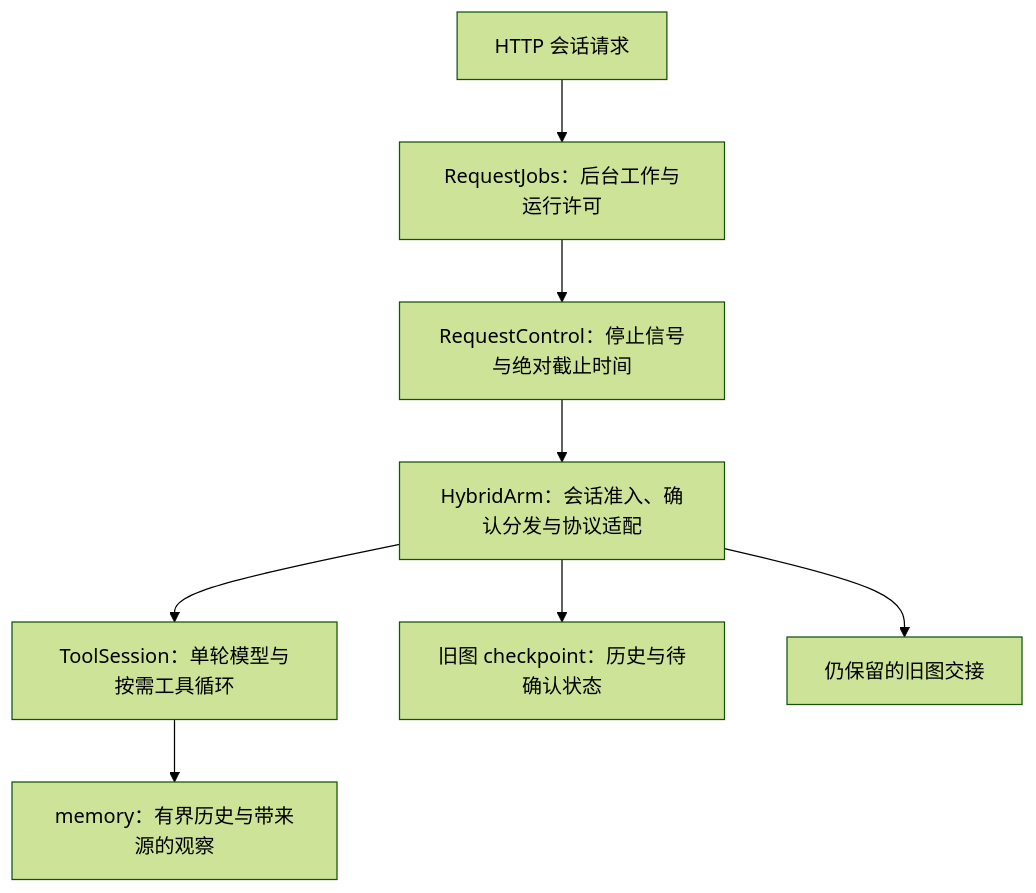
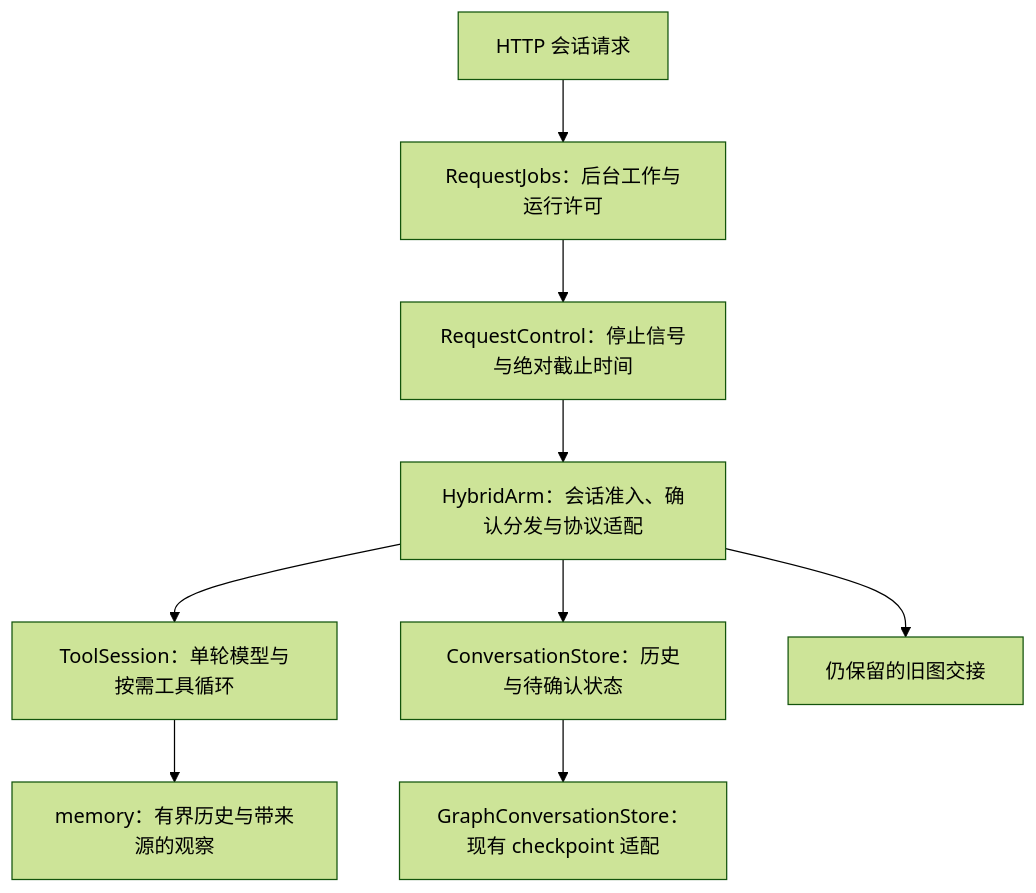
One commit to BigLeopardCat/saudade-blog-agent changed the diagram in docs/session-runtime-review-20261024.md. Above: the diagram before and after it, drawn with Mermaid (forest theme). The commit also changed other lines of this file and 11 other files, not shown here.

First line of the commit message:
refactor(runtime): 解耦原生会话存储与旧图状态

````diff
--- a/docs/session-runtime-review-20261024.md
+++ b/docs/session-runtime-review-20261024.md
@@ -10,10 +10,11 @@
 ```mermaid
 flowchart TD
     API[HTTP 会话请求] --> JOBS[RequestJobs：后台工作与运行许可]
     JOBS --> CONTROL[RequestControl：停止信号与绝对截止时间]
     CONTROL --> ARM[HybridArm：会话准入、确认分发与协议适配]
     ARM --> TURN[ToolSession：单轮模型与按需工具循环]
-    ARM --> STORE[旧图 checkpoint：历史与待确认状态]
+    ARM --> STORE[ConversationStore：历史与待确认状态]
+    STORE --> ADAPTER[GraphConversationStore：现有 checkpoint 适配]
     TURN --> MEMORY[memory：有界历史与带来源的观察]
     ARM --> LEGACY[仍保留的旧图交接]
 ```
````
